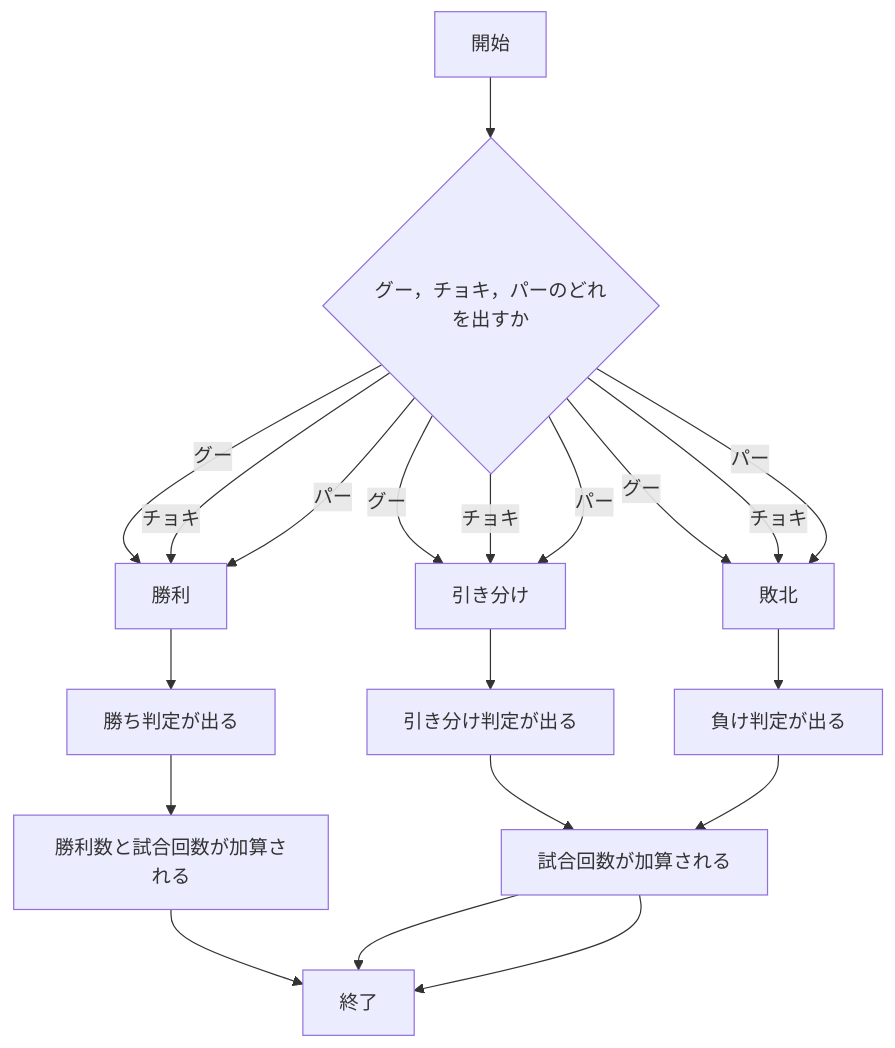
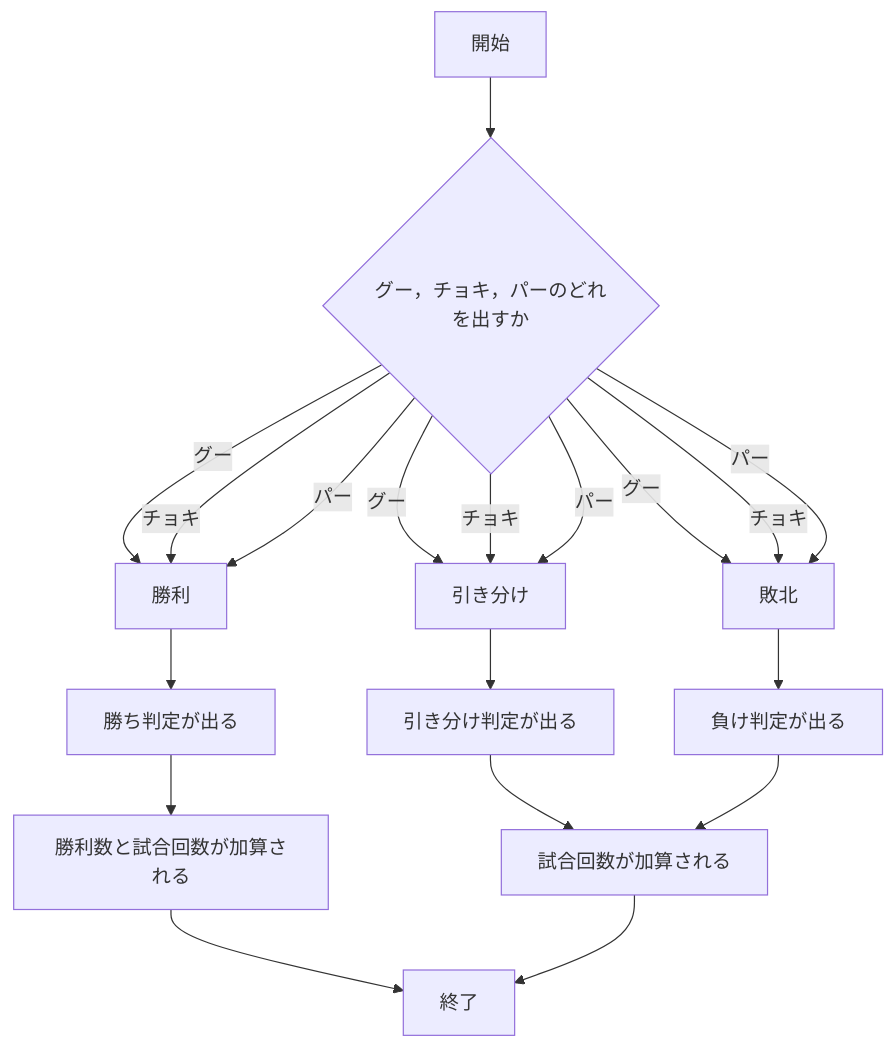
Before and after one commit to km919/webpro_06: the seventh of 9 diagrams in README.md, drawn with Mermaid.

Commit message:
12月27日2:16に編集済

````diff
--- a/README.md
+++ b/README.md
@@ -260,21 +260,21 @@
 ```mermaid
 flowchart TD;
 start["開始"];
 end1["終了"]
 if{"グー，チョキ，パーのどれを出すか"}
 start --> if
 if --> |グー|　勝利
 勝利 --> 勝ち判定が出る --> 勝利数と試合回数が加算される --> end1
 if --> |グー| 引き分け
 引き分け --> 引き分け判定が出る　--> 試合回数が加算される --> end1
 if --> |グー| 敗北
-敗北 --> 負け判定が出る --> 試合回数が加算される --> end1
+敗北 --> 負け判定が出る --> 試合回数が加算される 
 
 if --> |チョキ|　勝利
 if --> |チョキ| 引き分け
 if --> |チョキ| 敗北
 
 if --> |パー|　勝利
 if --> |パー| 引き分け
 if --> |パー| 敗北
 ```
````
